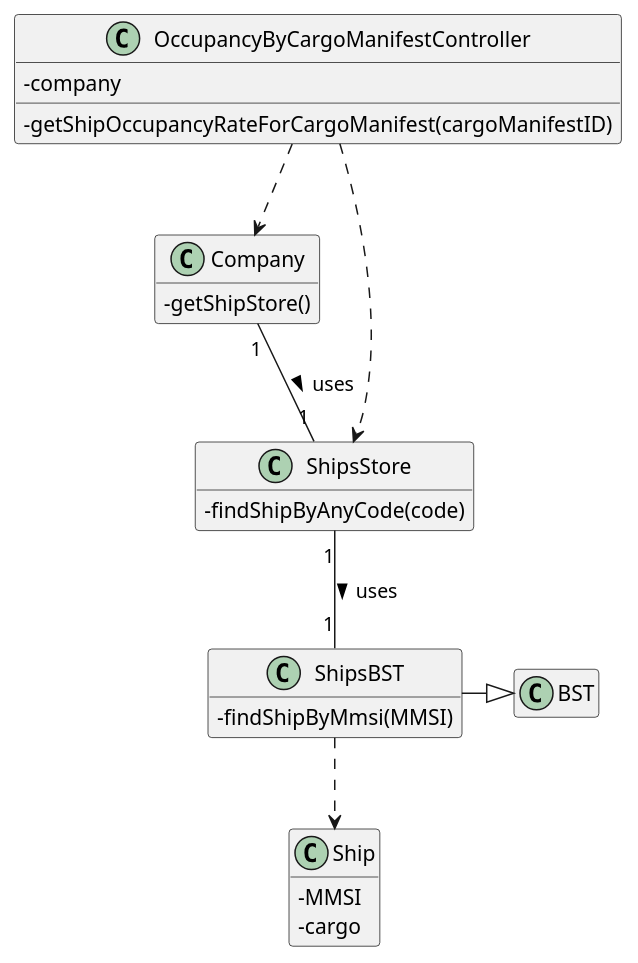
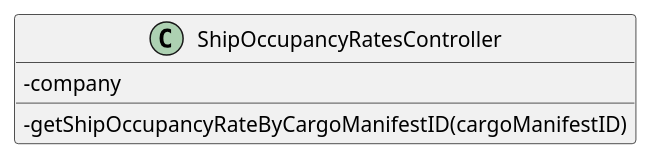
Before and after one commit to ana-albergaria/LAPR3-ISEP: the diagram in docs/US208/US_208_CD.puml, drawn with PlantUML. The commit also changed 7 other files, not shown here.

```diff
--- a/docs/US208/US_208_CD.puml
+++ b/docs/US208/US_208_CD.puml
@@ -1,43 +1,43 @@
 @startuml
 
 hide empty methods
 hide empty attributes
 'left to right direction
 skinparam classAttributeIconSize 0
 
-class OccupancyByCargoManifestController{
--company
--getShipOccupancyRateForCargoManifest(cargoManifestID)
+class ShipOccupancyRatesController{
+- company
+- getShipOccupancyRateByCargoManifestID(cargoManifestID)
 }
 
-class Company{
-- getShipStore()
-}
+'class Company{
+'- getShipStore()
+'}
 
-class ShipsStore{
-- findShipByAnyCode(code)
-}
+'class ShipsStore{
+'- findShipByAnyCode(code)
+'}
 
-class ShipsBST{
-- findShipByMmsi(MMSI)
-}
+'class ShipsBST{
+'- findShipByMmsi(MMSI)
+'}
 
-class BST{}
+'class BST{}
 
-class Ship {
-- MMSI
-- cargo
-}
+'class Ship {
+'- MMSI
+'- cargo
+'}
 
 'preciso do cargo manifest com o id
 'preciso da ship trip pq ela contem o cargo manifest e o mmsi para o ship
 'vou procurar o ship com o mmsi da ship trip
 
-OccupancyByCargoManifestController ..> Company
-OccupancyByCargoManifestController ..> ShipsStore
-Company "1" -- "1" ShipsStore : uses >
-ShipsStore "1" -- "1" ShipsBST : uses >
-ShipsBST ..> Ship
-ShipsBST -|> BST
+'ShipOccupancyRatesController ..> Company
+'ShipOccupancyRatesController ..> ShipsStore
+'Company "1" -- "1" ShipsStore : uses >
+'ShipsStore "1" -- "1" ShipsBST : uses >
+'ShipsBST ..> Ship
+'ShipsBST -|> BST
 
 @enduml
```
